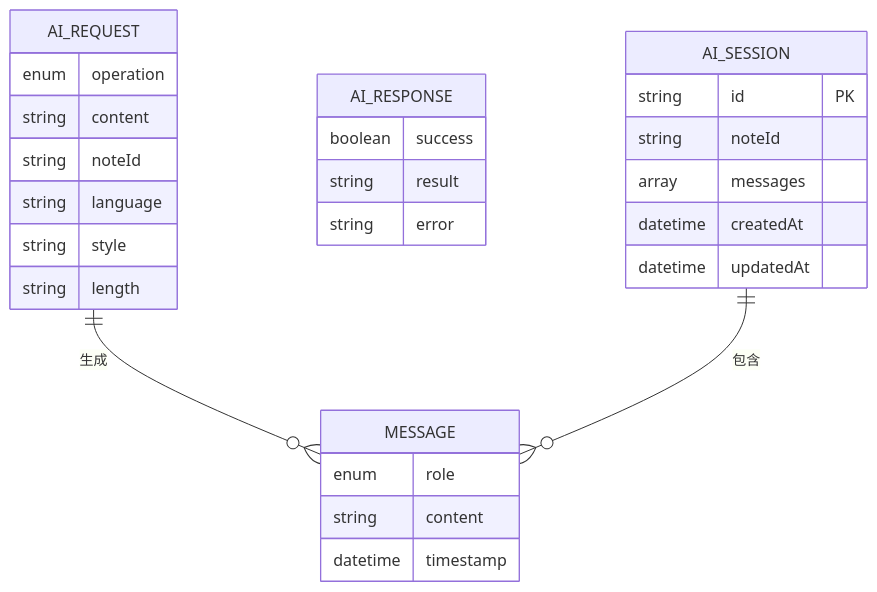
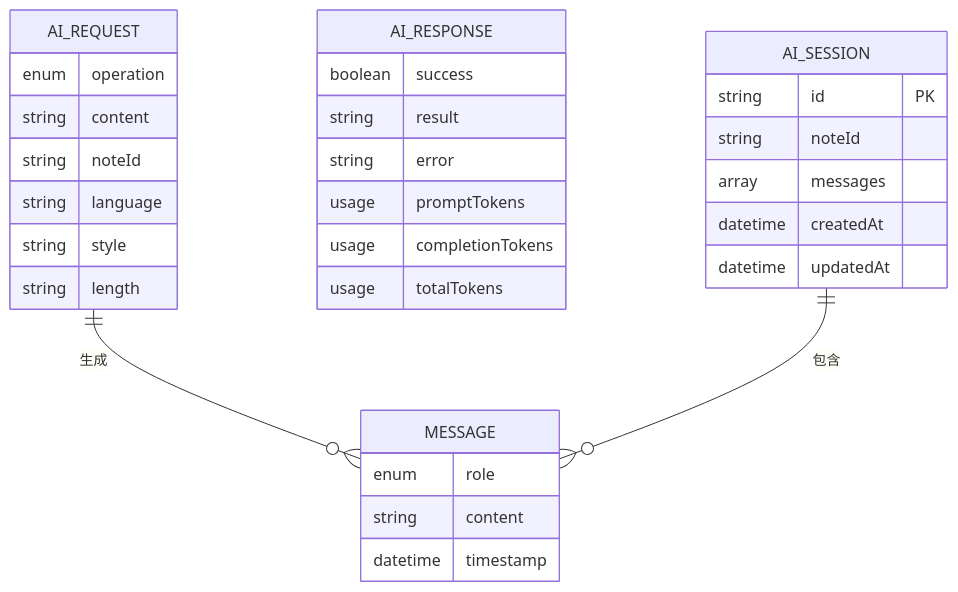
One commit to acproject/tomato_notebook changed the fourth of 9 diagrams in .qoder/repowiki/zh/content/核心服务/AI服务.md. Above: the diagram before and after it, drawn with Mermaid. The commit also changed other lines of this file and 14 other files, not shown here.

````diff
--- a/.qoder/repowiki/zh/content/核心服务/AI服务.md
+++ b/.qoder/repowiki/zh/content/核心服务/AI服务.md
@@ -168,30 +178,33 @@
 ```mermaid
 erDiagram
 AI_REQUEST {
 enum operation
 string content
 string noteId
 string language
 string style
 string length
 }
 AI_RESPONSE {
 boolean success
 string result
 string error
+usage promptTokens
+usage completionTokens
+usage totalTokens
 }
 MESSAGE {
 enum role
 string content
 datetime timestamp
 }
 AI_SESSION {
 string id PK
 string noteId
 array messages
 datetime createdAt
 datetime updatedAt
 }
 AI_REQUEST ||--o{ MESSAGE : "生成"
 AI_SESSION ||--o{ MESSAGE : "包含"
 ```
````
